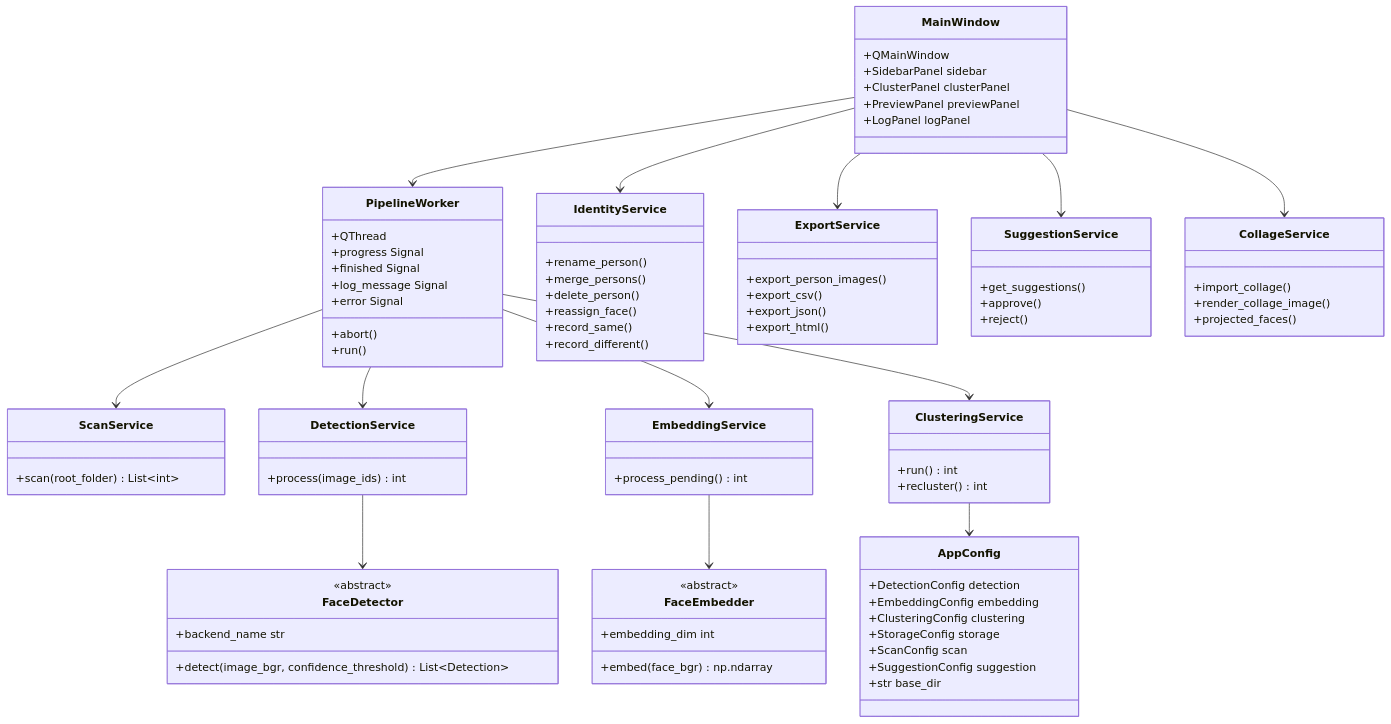
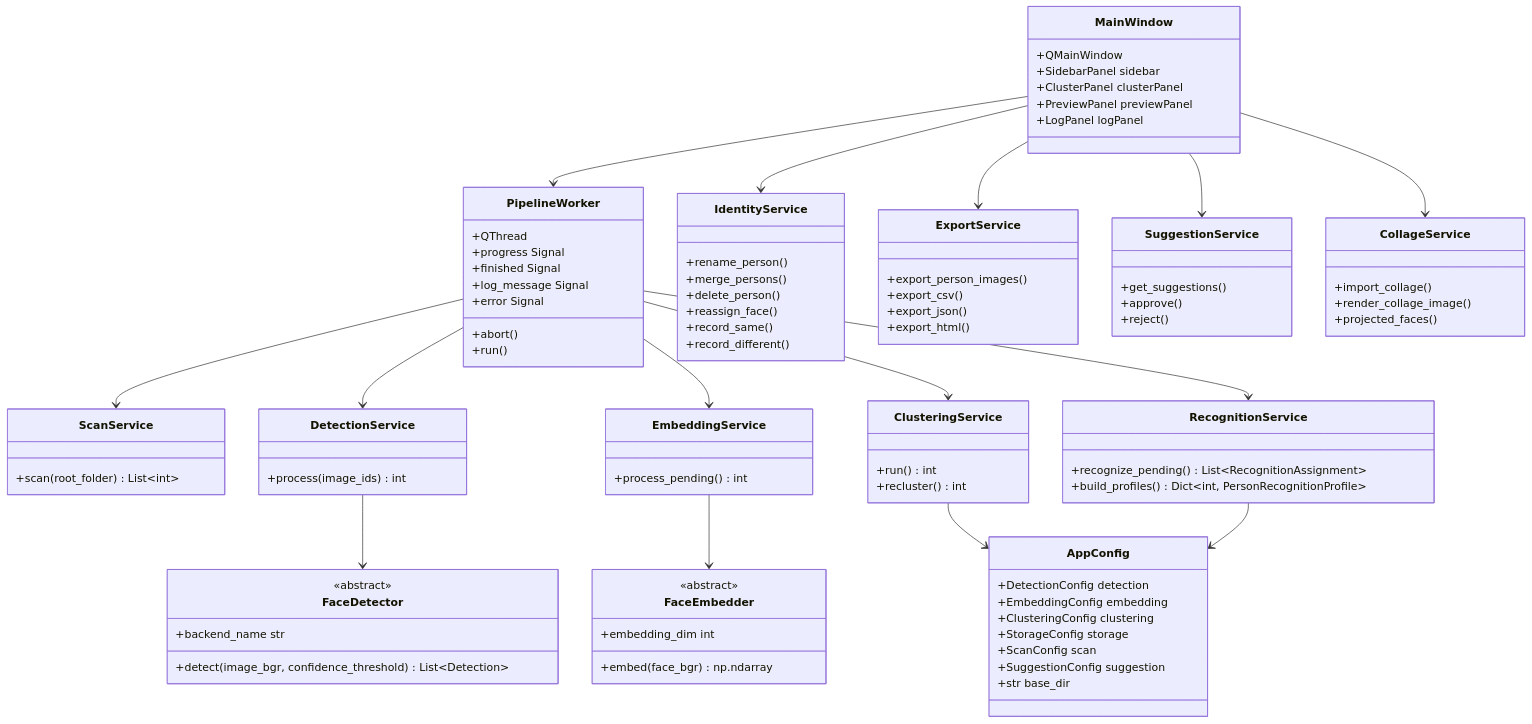
The fifth of 5 diagrams in docs/blueprint.md (BenKoncsik/local_ai_face_recognizer), drawn with Mermaid before and after one commit. The commit also changed other lines of this file, not shown here.

````diff
--- a/docs/blueprint.md
+++ b/docs/blueprint.md
@@ -265,6 +268,11 @@
         +recluster() int
     }
 
+    class RecognitionService {
+        +recognize_pending() List~RecognitionAssignment~
+        +build_profiles() Dict~int, PersonRecognitionProfile~
+    }
+
     class IdentityService {
         +rename_person()
         +merge_persons()
@@ -305,6 +313,7 @@
     PipelineWorker --> DetectionService
     PipelineWorker --> EmbeddingService
     PipelineWorker --> ClusteringService
+    PipelineWorker --> RecognitionService
     MainWindow --> PipelineWorker
     MainWindow --> IdentityService
     MainWindow --> ExportService
@@ -313,4 +322,5 @@
     DetectionService --> FaceDetector
     EmbeddingService --> FaceEmbedder
     ClusteringService --> AppConfig
+    RecognitionService --> AppConfig
 ```
````
